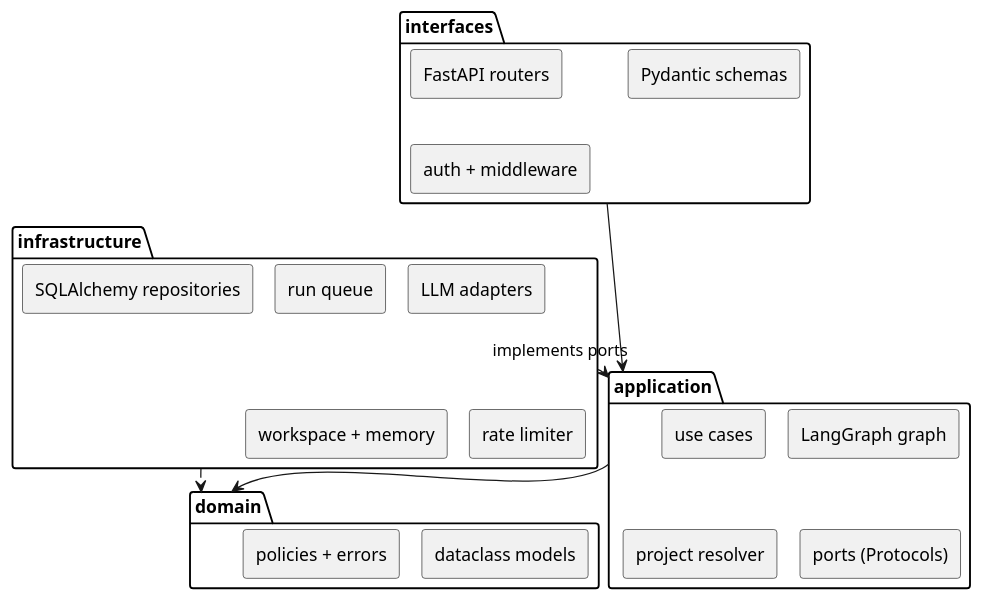
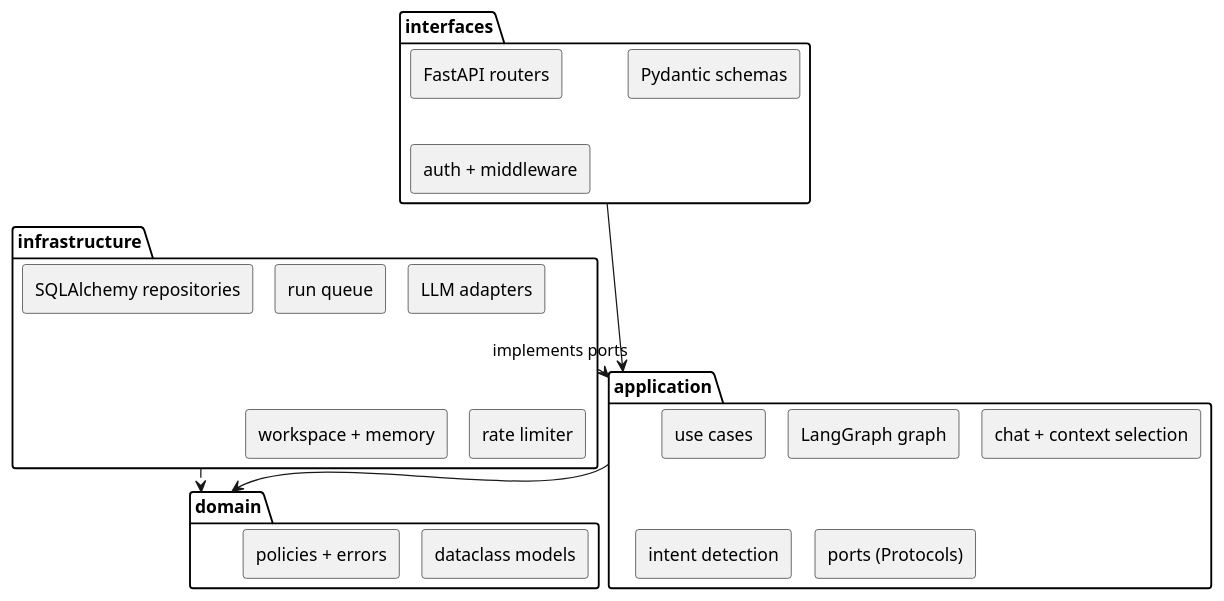
The fourth of 7 diagrams in docs/architecture.md (gdpe-franco/ai-coding-agent-pipeline), drawn with PlantUML before and after one commit. The commit also changed other lines of this file, not shown here.

Commit message:
chore: architecture updated

````diff
--- a/docs/architecture.md
+++ b/docs/architecture.md
@@ -192,34 +246,35 @@
 ```puml
 @startuml
 !pragma layout smetana
 skinparam backgroundColor white
 skinparam shadowing false
 skinparam componentStyle rectangle
 package "interfaces" as I {
   [FastAPI routers]
   [Pydantic schemas]
   [auth + middleware]
 }
 package "application" as A {
   [use cases]
   [LangGraph graph]
-  [project resolver]
+  [chat + context selection]
+  [intent detection]
   [ports (Protocols)]
 }
 package "domain" as D {
   [dataclass models]
   [policies + errors]
 }
 package "infrastructure" as N {
   [SQLAlchemy repositories]
   [run queue]
   [LLM adapters]
   [workspace + memory]
   [rate limiter]
 }
 I --> A
 A --> D
 N ..> A : implements ports
 N ..> D
 @enduml
 ```
````
